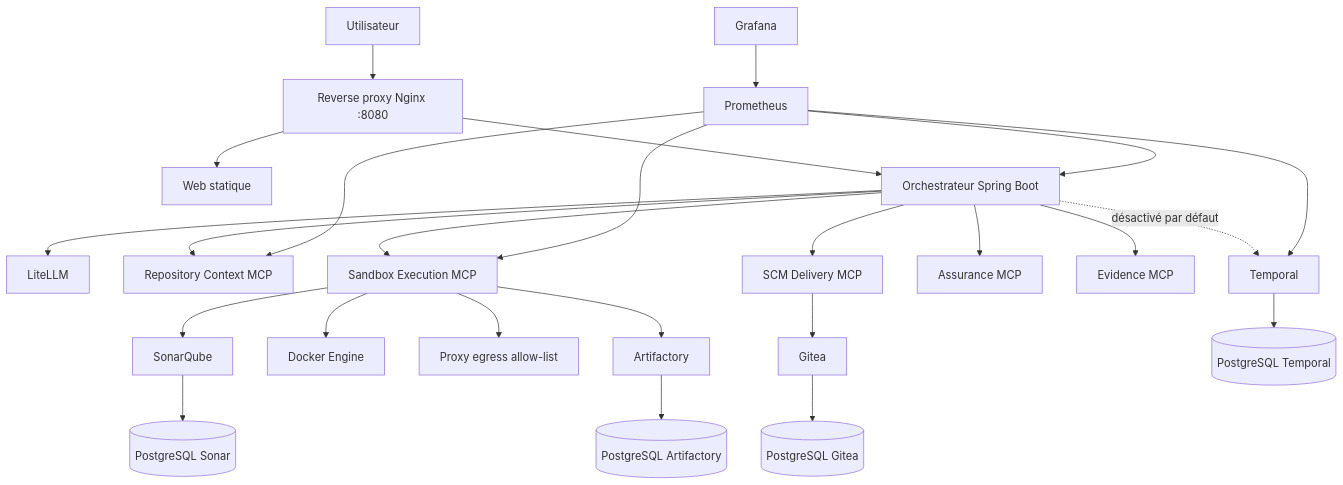
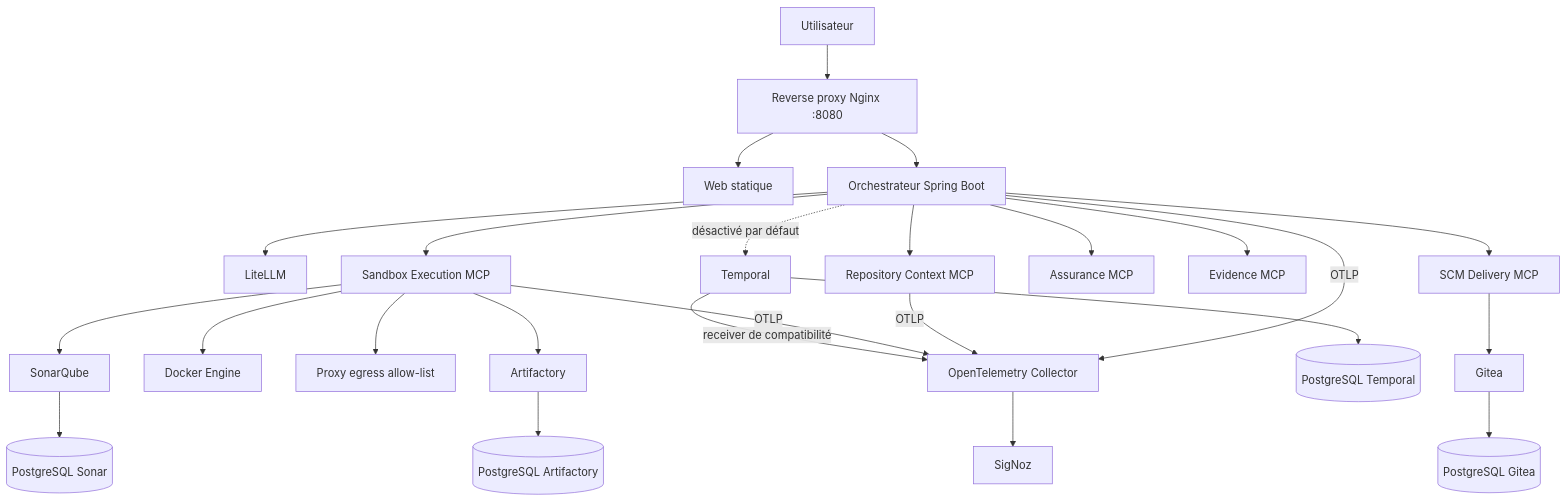
Before and after one commit to dbeaumont/ai-software-factory-local: the third of 11 diagrams in docs/overview/current-state.md, drawn with Mermaid. The commit also changed other lines of this file and 88 other files, not shown here.

Commit message:
feat(observability): replace Prometheus and Grafana with OpenTelemetry

````diff
--- a/docs/overview/current-state.md
+++ b/docs/overview/current-state.md
@@ -199,31 +199,31 @@
 ```mermaid
 flowchart TB
     U[Utilisateur] --> RP[Reverse proxy Nginx :8080]
     RP --> WEB[Web statique]
     RP --> ORCH[Orchestrateur Spring Boot]
 
     ORCH --> LLM[LiteLLM]
     ORCH --> CTX[Repository Context MCP]
     ORCH --> SBX[Sandbox Execution MCP]
     ORCH --> SCM[SCM Delivery MCP]
     ORCH --> ASS[Assurance MCP]
     ORCH --> EVD[Evidence MCP]
     ORCH -. désactivé par défaut .-> TMP[Temporal]
 
     SCM --> GIT[Gitea]
     SBX --> SOCK[Docker Engine]
     SBX --> SQUID[Proxy egress allow-list]
     SBX --> SONAR[SonarQube]
     SBX --> ARTI[Artifactory]
 
     TMP --> TDB[(PostgreSQL Temporal)]
     GIT --> GDB[(PostgreSQL Gitea)]
     SONAR --> SDB[(PostgreSQL Sonar)]
     ARTI --> ADB[(PostgreSQL Artifactory)]
 
-    PROM[Prometheus] --> ORCH
-    PROM --> CTX
-    PROM --> SBX
-    PROM --> TMP
-    GRAF[Grafana] --> PROM
+    ORCH -->|OTLP| OTEL[OpenTelemetry Collector]
+    CTX -->|OTLP| OTEL
+    SBX -->|OTLP| OTEL
+    TMP -->|receiver de compatibilité| OTEL
+    OTEL --> SIGNOZ[SigNoz]
 ```
````
